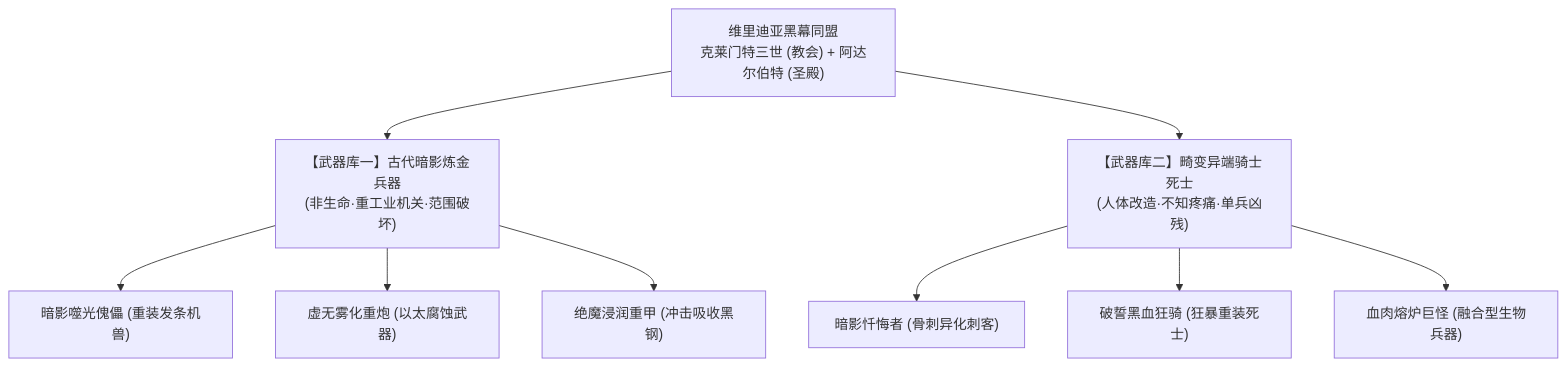
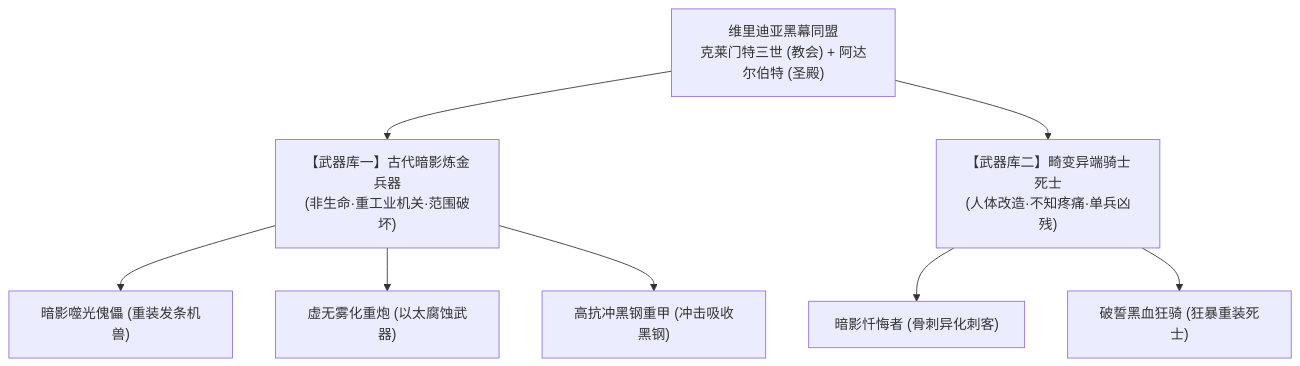
The first of 2 diagrams in 方案/第二部/主线与世界扩充方案/04_反派双重武力体系与战斗机制方案.md (soranokiseki1437/eldoria-worldbook), drawn with Mermaid before and after one commit. The commit also changed other lines of this file and 41 other files, not shown here.

````diff
--- a/方案/第二部/主线与世界扩充方案/04_反派双重武力体系与战斗机制方案.md
+++ b/方案/第二部/主线与世界扩充方案/04_反派双重武力体系与战斗机制方案.md
@@ -12,15 +12,14 @@
 ```mermaid
 graph TD
     Boss["维里迪亚黑幕同盟<br/>克莱门特三世 (教会) + 阿达尔伯特 (圣殿)"]
     
     Boss --> Tech["【武器库一】古代暗影炼金兵器<br/>(非生命·重工业机关·范围破坏)"]
     Boss --> Bio["【武器库二】畸变异端骑士死士<br/>(人体改造·不知疼痛·单兵凶残)"]
     
     Tech --> T1["暗影噬光傀儡 (重装发条机兽)"]
     Tech --> T2["虚无雾化重炮 (以太腐蚀武器)"]
-    Tech --> T3["绝魔浸润重甲 (冲击吸收黑钢)"]
+    Tech --> T3["高抗冲黑钢重甲 (冲击吸收黑钢)"]
 
     Bio --> B1["暗影忏悔者 (骨刺异化刺客)"]
     Bio --> B2["破誓黑血狂骑 (狂暴重装死士)"]
-    Bio --> B3["血肉熔炉巨怪 (融合型生物兵器)"]
 ```
````
